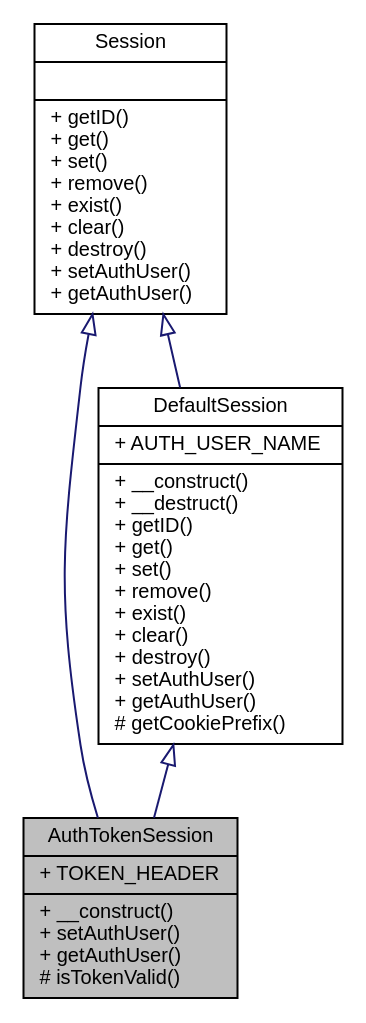
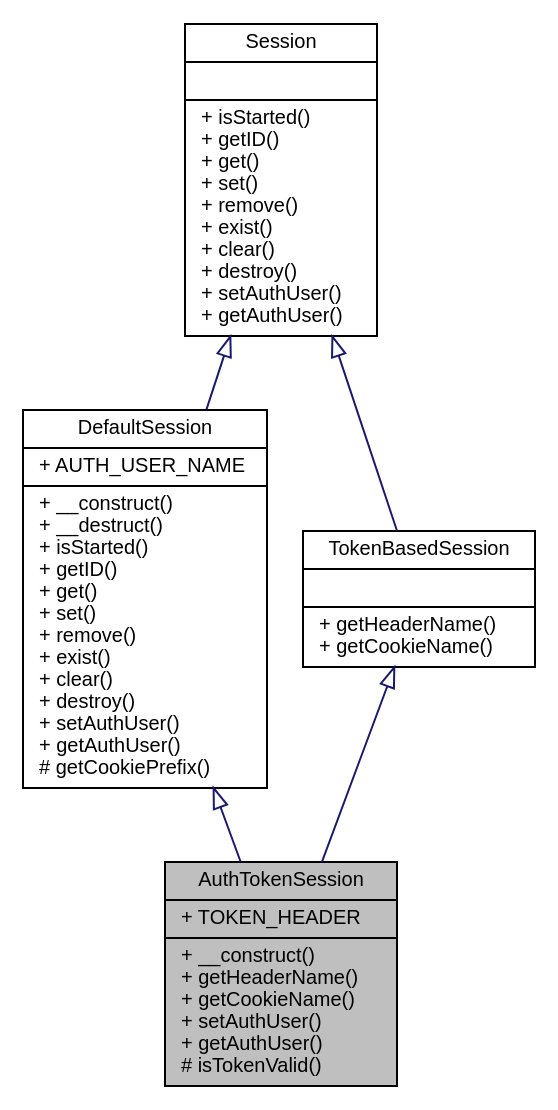
Before and after one commit to eherwig/wcmf: the diagram in classwcmf_1_1lib_1_1core_1_1impl_1_1_auth_token_session__inherit__graph.dot, drawn with Graphviz. The commit also changed 1044 other files, not shown here.

```diff
--- a/classwcmf_1_1lib_1_1core_1_1impl_1_1_auth_token_session__inherit__graph.dot
+++ b/classwcmf_1_1lib_1_1core_1_1impl_1_1_auth_token_session__inherit__graph.dot
@@ -1,11 +1,13 @@
 digraph "AuthTokenSession"
 {
   edge [fontname="Helvetica",fontsize="10",labelfontname="Helvetica",labelfontsize="10"];
   node [fontname="Helvetica",fontsize="10",shape=record];
-  Node0 [label="{AuthTokenSession\n|+ TOKEN_HEADER\l|+ __construct()\l+ setAuthUser()\l+ getAuthUser()\l# isTokenValid()\l}",height=0.2,width=0.4,color="black", fillcolor="grey75", style="filled", fontcolor="black"];
+  Node0 [label="{AuthTokenSession\n|+ TOKEN_HEADER\l|+ __construct()\l+ getHeaderName()\l+ getCookieName()\l+ setAuthUser()\l+ getAuthUser()\l# isTokenValid()\l}",height=0.2,width=0.4,color="black", fillcolor="grey75", style="filled", fontcolor="black"];
   Node1 -> Node0 [dir="back",color="midnightblue",fontsize="10",style="solid",arrowtail="onormal",fontname="Helvetica"];
-  Node1 [label="{DefaultSession\n|+ AUTH_USER_NAME\l|+ __construct()\l+ __destruct()\l+ getID()\l+ get()\l+ set()\l+ remove()\l+ exist()\l+ clear()\l+ destroy()\l+ setAuthUser()\l+ getAuthUser()\l# getCookiePrefix()\l}",height=0.2,width=0.4,color="black", fillcolor="white", style="filled",URL="$classwcmf_1_1lib_1_1core_1_1impl_1_1_default_session.html",tooltip="DefaultSession uses the default PHP session implementation: "];
+  Node1 [label="{DefaultSession\n|+ AUTH_USER_NAME\l|+ __construct()\l+ __destruct()\l+ isStarted()\l+ getID()\l+ get()\l+ set()\l+ remove()\l+ exist()\l+ clear()\l+ destroy()\l+ setAuthUser()\l+ getAuthUser()\l# getCookiePrefix()\l}",height=0.2,width=0.4,color="black", fillcolor="white", style="filled",URL="$classwcmf_1_1lib_1_1core_1_1impl_1_1_default_session.html",tooltip="DefaultSession uses the default PHP session implementation: "];
   Node2 -> Node1 [dir="back",color="midnightblue",fontsize="10",style="solid",arrowtail="onormal",fontname="Helvetica"];
-  Node2 [label="{Session\n||+ getID()\l+ get()\l+ set()\l+ remove()\l+ exist()\l+ clear()\l+ destroy()\l+ setAuthUser()\l+ getAuthUser()\l}",height=0.2,width=0.4,color="black", fillcolor="white", style="filled",URL="$interfacewcmf_1_1lib_1_1core_1_1_session.html",tooltip="Session is the interface for session implementations and defines access to session variables..."];
-  Node2 -> Node0 [dir="back",color="midnightblue",fontsize="10",style="solid",arrowtail="onormal",fontname="Helvetica"];
+  Node2 [label="{Session\n||+ isStarted()\l+ getID()\l+ get()\l+ set()\l+ remove()\l+ exist()\l+ clear()\l+ destroy()\l+ setAuthUser()\l+ getAuthUser()\l}",height=0.2,width=0.4,color="black", fillcolor="white", style="filled",URL="$interfacewcmf_1_1lib_1_1core_1_1_session.html",tooltip="Session is the interface for session implementations and defines access to session variables..."];
+  Node3 -> Node0 [dir="back",color="midnightblue",fontsize="10",style="solid",arrowtail="onormal",fontname="Helvetica"];
+  Node3 [label="{TokenBasedSession\n||+ getHeaderName()\l+ getCookieName()\l}",height=0.2,width=0.4,color="black", fillcolor="white", style="filled",URL="$interfacewcmf_1_1lib_1_1core_1_1_token_based_session.html",tooltip="A session that requires clients to send a token for authentication. "];
+  Node2 -> Node3 [dir="back",color="midnightblue",fontsize="10",style="solid",arrowtail="onormal",fontname="Helvetica"];
 }
```
